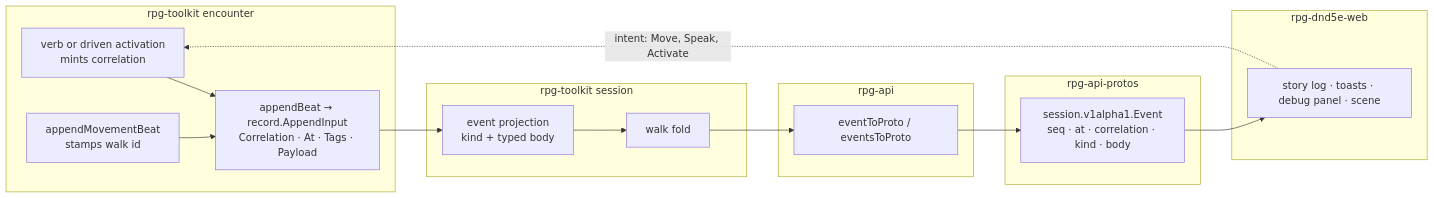
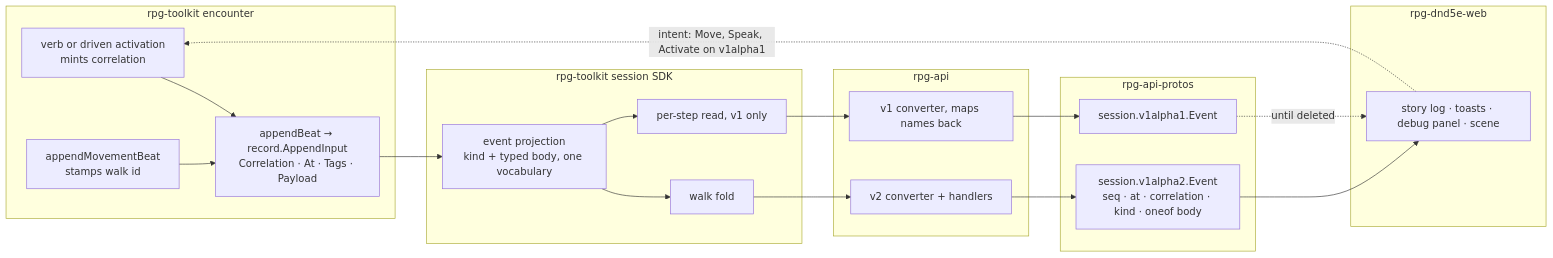
Before and after one commit to KirkDiggler/rpg-project: the diagram in ideas/event-stream/walkthrough.md, drawn with Mermaid. The commit also changed other lines of this file and 1 other file, not shown here.

First line of the commit message:
design(event-stream): the cleaned stream is session v1alpha2

````diff
--- a/ideas/event-stream/walkthrough.md
+++ b/ideas/event-stream/walkthrough.md
@@ -17,25 +20,29 @@
 ```mermaid
 flowchart LR
     subgraph toolkit-encounter[rpg-toolkit encounter]
         ACT[verb or driven activation<br/>mints correlation]
         AMB[appendMovementBeat<br/>stamps walk id]
         AB[appendBeat → record.AppendInput<br/>Correlation · At · Tags · Payload]
     end
-    subgraph toolkit-session[rpg-toolkit session]
-        PROJ[event projection<br/>kind + typed body]
+    subgraph toolkit-session[rpg-toolkit session SDK]
+        PROJ[event projection<br/>kind + typed body, one vocabulary]
         FOLD[walk fold]
+        STEP[per-step read, v1 only]
     end
     subgraph rpg-api
-        CONV[eventToProto / eventsToProto]
+        CONV2[v2 converter + handlers]
+        CONV1[v1 converter, maps names back]
     end
     subgraph protos[rpg-api-protos]
-        EV[session.v1alpha1.Event<br/>seq · at · correlation · kind · body]
+        EV2[session.v1alpha2.Event<br/>seq · at · correlation · kind · oneof body]
+        EV1[session.v1alpha1.Event]
     end
     subgraph web[rpg-dnd5e-web]
         UI[story log · toasts · debug panel · scene]
     end
     ACT --> AB
     AMB --> AB
-    AB --> PROJ --> FOLD --> CONV --> EV --> UI
-    UI -. intent: Move, Speak, Activate .-> ACT
+    AB --> PROJ --> FOLD --> CONV2 --> EV2 --> UI
+    PROJ --> STEP --> CONV1 --> EV1 -. until deleted .-> UI
+    UI -. intent: Move, Speak, Activate on v1alpha1 .-> ACT
 ```
````
